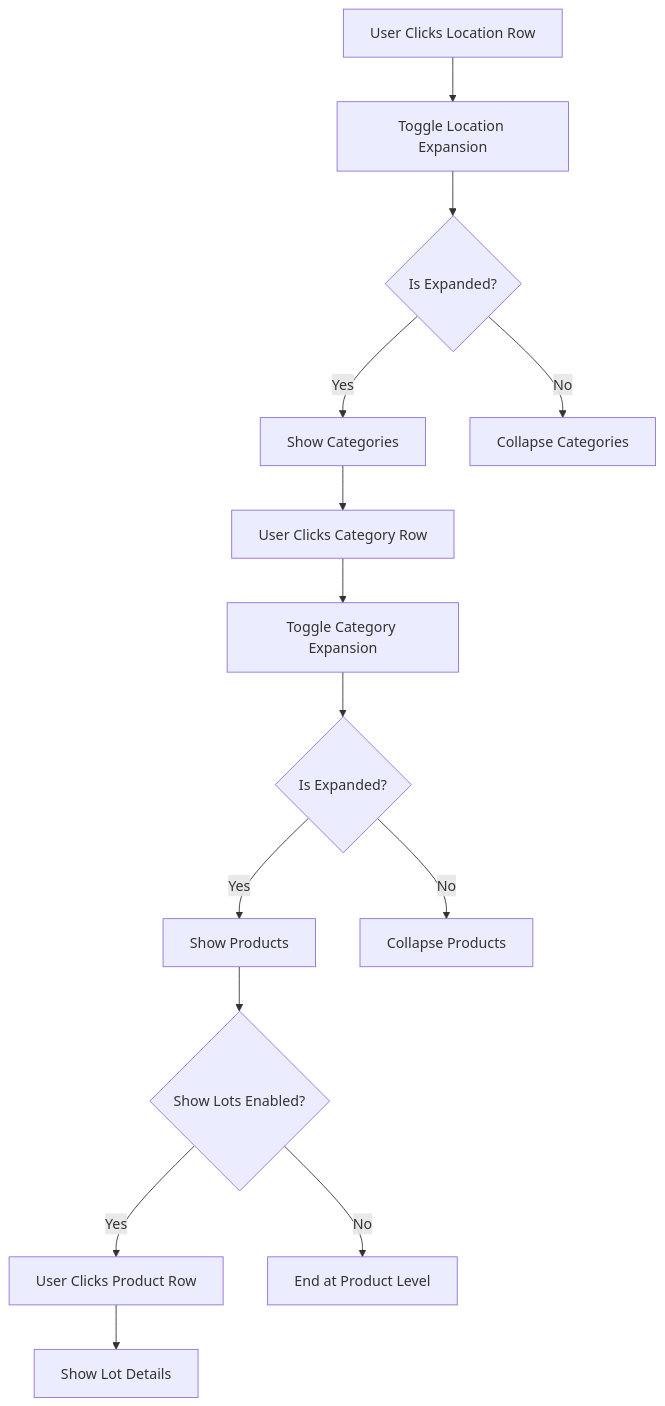
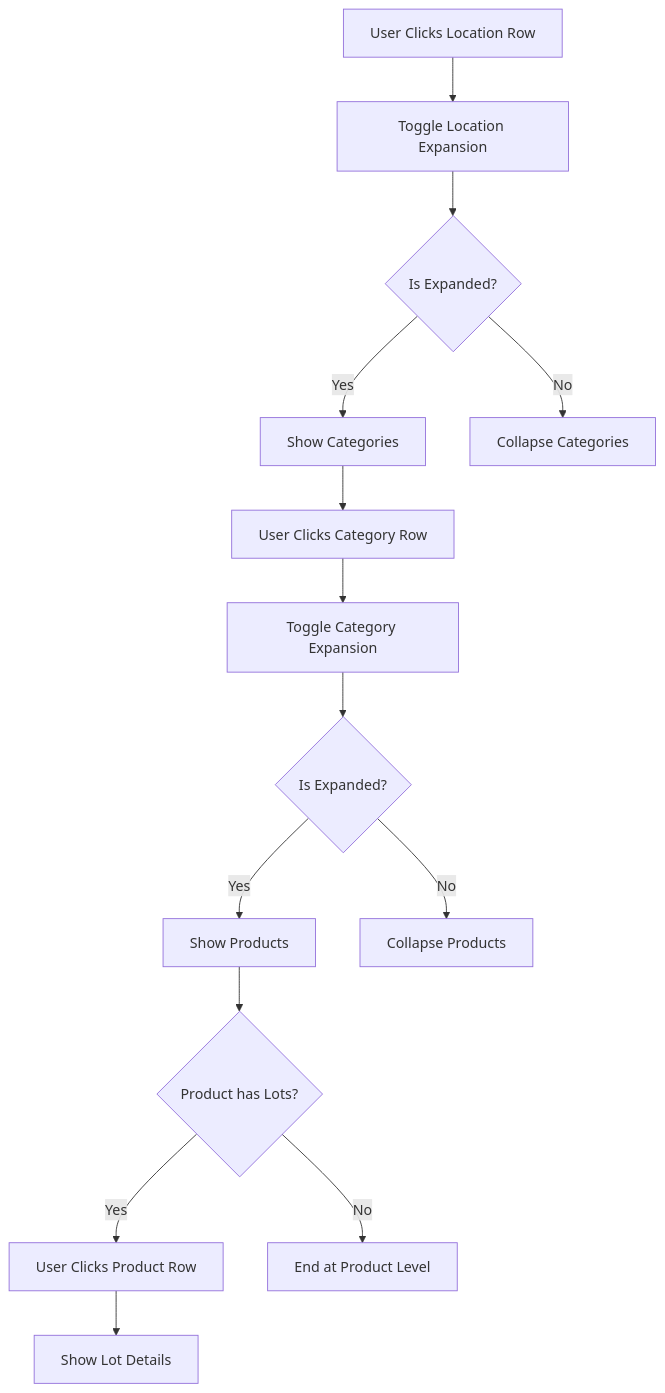
The fourth of 16 diagrams in docs/app/inventory-management/stock-overview/inventory-balance/FD-inventory-balance.md (PeakMNA/carmen), drawn with Mermaid before and after one commit. The commit also changed other lines of this file and 473 other files, not shown here.

````diff
--- a/docs/app/inventory-management/stock-overview/inventory-balance/FD-inventory-balance.md
+++ b/docs/app/inventory-management/stock-overview/inventory-balance/FD-inventory-balance.md
@@ -84,16 +81,16 @@
 ```mermaid
 flowchart TD
     A[User Clicks Location Row] --> B[Toggle Location Expansion]
     B --> C{Is Expanded?}
     C -->|Yes| D[Show Categories]
     C -->|No| E[Collapse Categories]
     D --> F[User Clicks Category Row]
     F --> G[Toggle Category Expansion]
     G --> H{Is Expanded?}
     H -->|Yes| I[Show Products]
     H -->|No| J[Collapse Products]
-    I --> K{Show Lots Enabled?}
+    I --> K{Product has Lots?}
     K -->|Yes| L[User Clicks Product Row]
     L --> M[Show Lot Details]
     K -->|No| N[End at Product Level]
 ```
````
